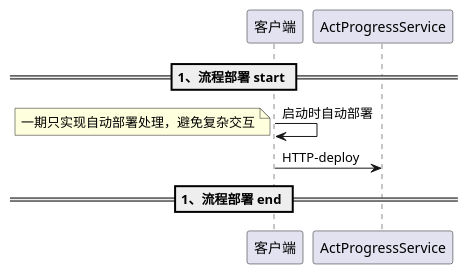
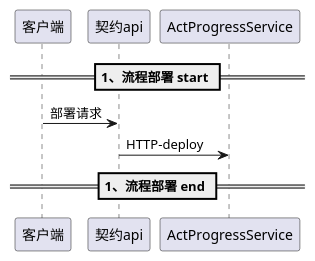
The diagram in docs/系统交互流程.puml (cmgun/spring-activiti), drawn with PlantUML before and after one commit. The commit also changed 14 other files, not shown here.

```diff
--- a/docs/系统交互流程.puml
+++ b/docs/系统交互流程.puml
@@ -1,9 +1,6 @@
 @startuml
 == 1、流程部署 start ==
-客户端 -> 客户端 : 启动时自动部署
-note left
-    一期只实现自动部署处理，避免复杂交互
-end note
-客户端 -> ActProgressService : HTTP-deploy
+客户端 -> 契约api : 部署请求
+契约api -> ActProgressService : HTTP-deploy
 == 1、流程部署 end ==
 @enduml
```
